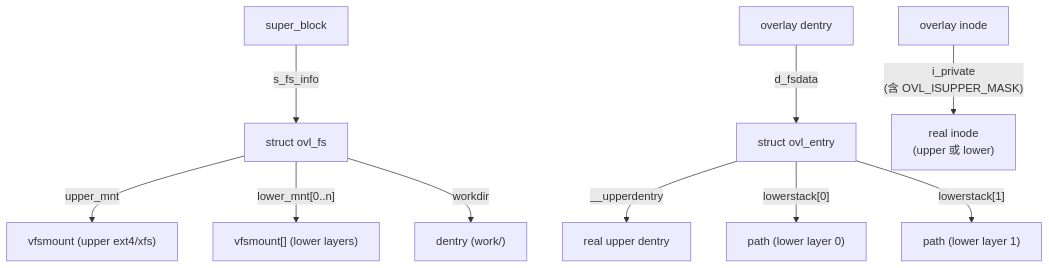
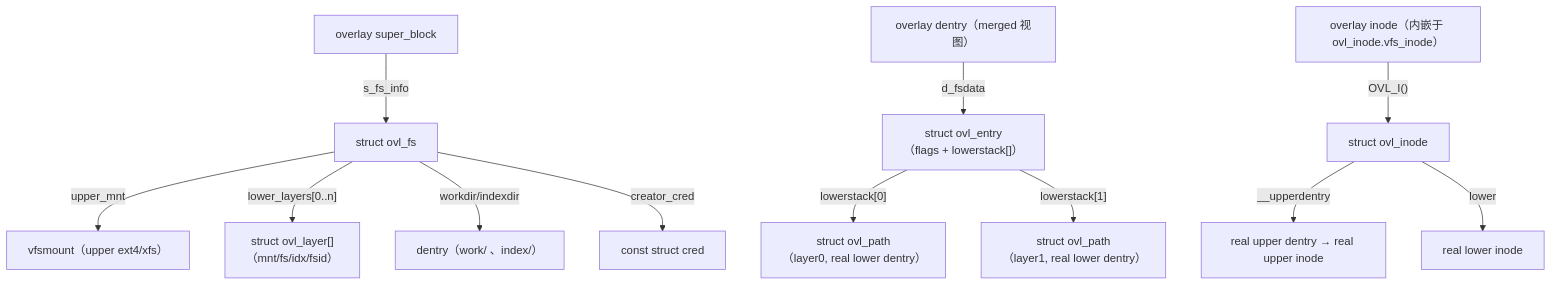
The third of 10 diagrams in _posts/2025-03-02-A-LINUX-KERNEL-TRAVEL-9.md (pandaychen/pandaychen.github.io), drawn with Mermaid before and after one commit. The commit also changed other lines of this file, not shown here.

````diff
--- a/_posts/2025-03-02-A-LINUX-KERNEL-TRAVEL-9.md
+++ b/_posts/2025-03-02-A-LINUX-KERNEL-TRAVEL-9.md
@@ -171,14 +576,16 @@
 ```mermaid
 flowchart TD
-    SB["super_block"] -->|s_fs_info| OFS["struct ovl_fs"]
-    OFS -->|upper_mnt| UMNT["vfsmount (upper ext4/xfs)"]
-    OFS -->|"lower_mnt[0..n]"| LMNT["vfsmount[] (lower layers)"]
-    OFS -->|workdir| WD["dentry (work/)"]
+    SB["overlay super_block"] -->|s_fs_info| OFS["struct ovl_fs"]
+    OFS -->|upper_mnt| UMNT["vfsmount（upper ext4/xfs）"]
+    OFS -->|"lower_layers[0..n]"| LL["struct ovl_layer[]<br/>（mnt/fs/idx/fsid）"]
+    OFS -->|workdir/indexdir| WD["dentry（work/ 、index/）"]
+    OFS -->|creator_cred| CRED["const struct cred"]
 
-    DENTRY["overlay dentry"] -->|d_fsdata| OE["struct ovl_entry"]
-    OE -->|__upperdentry| UD["real upper dentry"]
-    OE -->|"lowerstack[0]"| LP0["path (lower layer 0)"]
-    OE -->|"lowerstack[1]"| LP1["path (lower layer 1)"]
+    DENTRY["overlay dentry（merged 视图）"] -->|d_fsdata| OE["struct ovl_entry<br/>（flags + lowerstack[]）"]
+    OE -->|"lowerstack[0]"| LP0["struct ovl_path<br/>（layer0, real lower dentry）"]
+    OE -->|"lowerstack[1]"| LP1["struct ovl_path<br/>（layer1, real lower dentry）"]
 
-    INODE["overlay inode"] -->|"i_private\n(含 OVL_ISUPPER_MASK)"| RI["real inode\n(upper 或 lower)"]
+    INODE["overlay inode（内嵌于 ovl_inode.vfs_inode）"] -->|"OVL_I()"| OI["struct ovl_inode"]
+    OI -->|__upperdentry| UD["real upper dentry → real upper inode"]
+    OI -->|lower| LI["real lower inode"]
 ```
````
